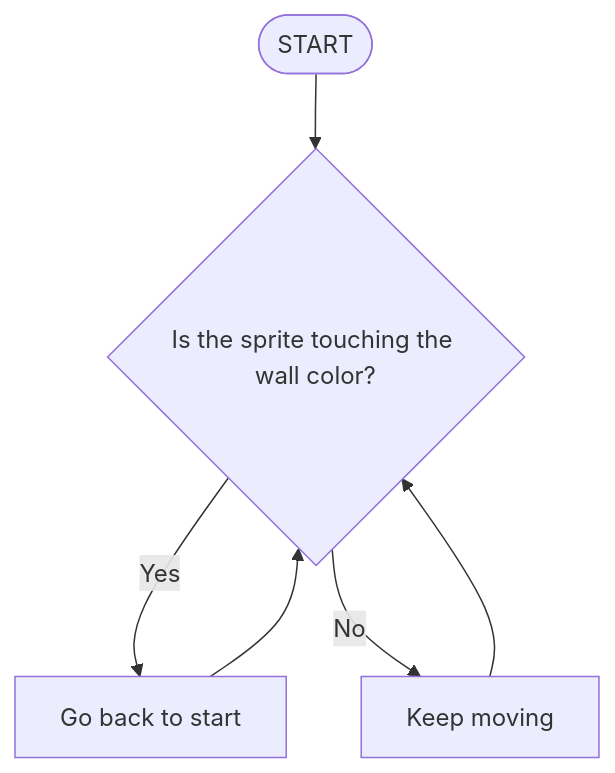
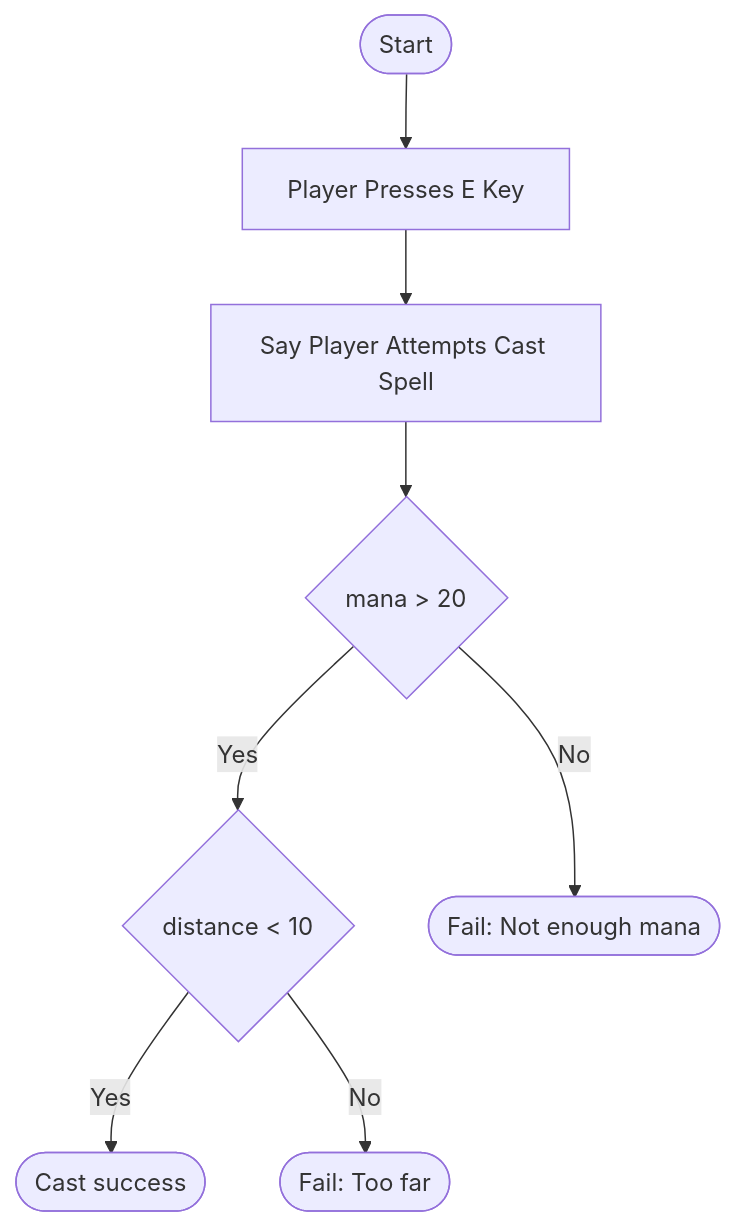
Before and after one commit to lrwham/mrwillingham-com: the third of 3 diagrams in content/scratch/week-2/day-8/_index.md, drawn with Mermaid. The commit also changed other lines of this file, not shown here.

````diff
--- a/content/scratch/week-2/day-8/_index.md
+++ b/content/scratch/week-2/day-8/_index.md
@@ -137,8 +137,12 @@
 ```mermaid
 flowchart TD
-    A([START]) --> B{Is the sprite touching the wall color?}
-    B -- "Yes" --> C[Go back to start]
-    B -- "No" --> D[Keep moving]
-    C --> B
-    D --> B
+    A([Start]) --> B
+    B[Player Presses E Key] --> H[Say Player Attempts Cast Spell]
+    H --> C
+    C{mana > 20}
+    D{distance < 10}
+    C -- "Yes" --> D
+    C -- "No" --> E([Fail: Not enough mana])
+    D -- "Yes" --> F([Cast success])
+    D -- "No" --> G([Fail: Too far])
 ```
````
